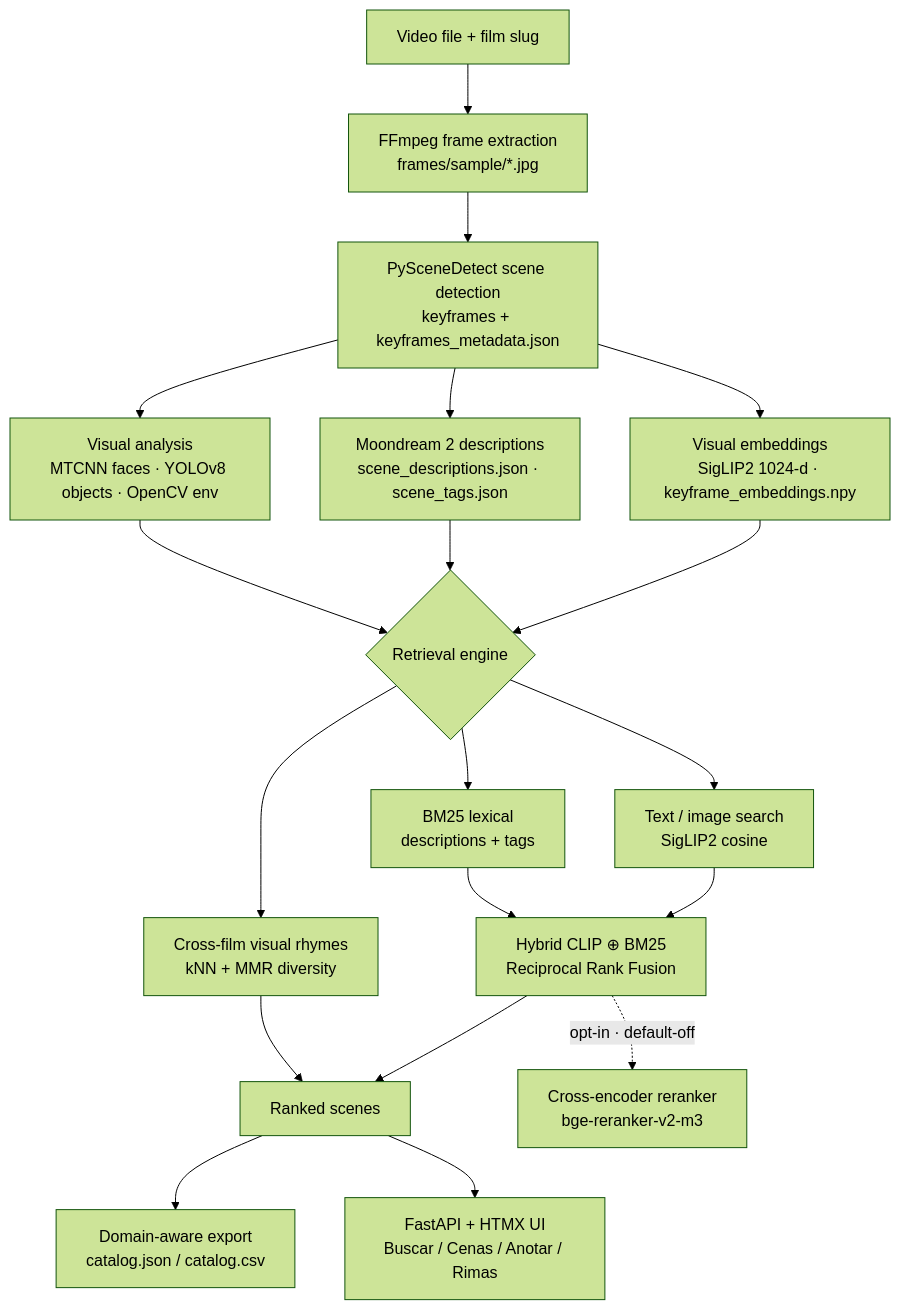
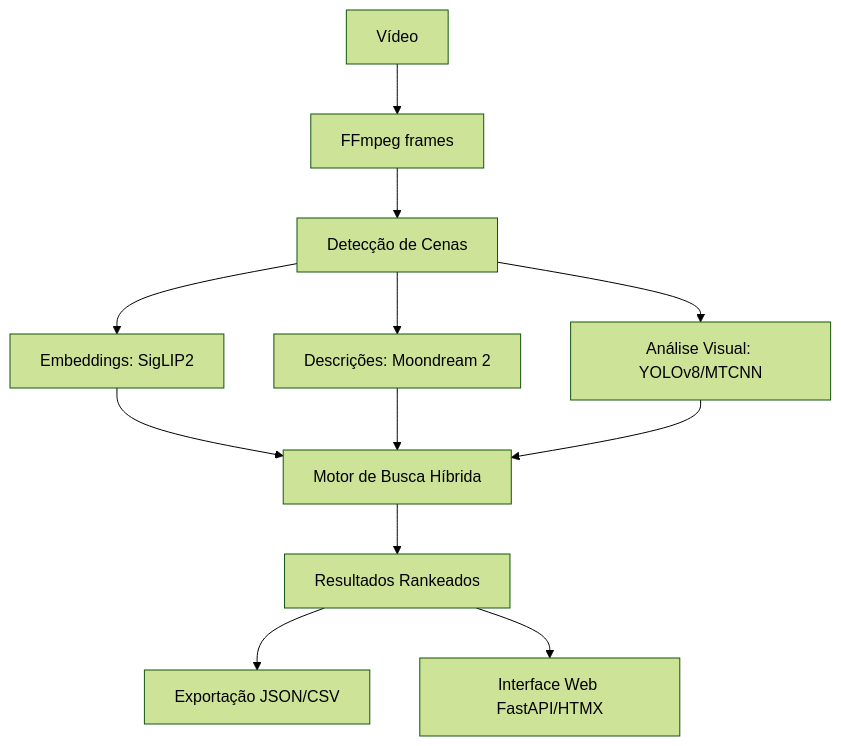
One commit to guto-mojica/kuaa changed the diagram in README.md. Above: the diagram before and after it, drawn with Mermaid (forest theme). The commit also changed other lines of this file, not shown here.

````diff
--- a/README.md
+++ b/README.md
@@ -320,23 +104,12 @@
 ```mermaid
 flowchart TD
-    V[Video file + film slug] --> FR[FFmpeg frame extraction<br/>frames/sample/*.jpg]
-    FR --> SC[PySceneDetect scene detection<br/>keyframes + keyframes_metadata.json]
-    SC --> VIS[Visual analysis<br/>MTCNN faces · YOLOv8 objects · OpenCV env]
-    SC --> EMB[Visual embeddings<br/>SigLIP2 1024-d · keyframe_embeddings.npy]
-    SC --> LLM[Moondream 2 descriptions<br/>scene_descriptions.json · scene_tags.json]
-
-    EMB --> RET{Retrieval engine}
-    LLM --> RET
-    VIS --> RET
-
-    RET --> TXT[Text / image search<br/>SigLIP2 cosine]
-    RET --> BM25[BM25 lexical<br/>descriptions + tags]
-    TXT --> HYB[Hybrid CLIP &oplus; BM25<br/>Reciprocal Rank Fusion]
-    BM25 --> HYB
-    RET --> RHY[Cross-film visual rhymes<br/>kNN + MMR diversity]
-    HYB --> RES[Ranked scenes]
-    HYB -. opt-in · default-off .-> RR[Cross-encoder reranker<br/>bge-reranker-v2-m3]
-    RHY --> RES
-    RES --> EXP[Domain-aware export<br/>catalog.json / catalog.csv]
-    RES --> UI[FastAPI + HTMX UI<br/>Buscar / Cenas / Anotar / Rimas]
+    V[Vídeo] --> FR[FFmpeg frames]
+    FR --> SC[Detecção de Cenas]
+    SC --> VIS[Análise Visual: YOLOv8/MTCNN]
+    SC --> EMB[Embeddings: SigLIP2]
+    SC --> LLM[Descrições: Moondream 2]
+    EMB & LLM & VIS --> RET[Motor de Busca Híbrida]
+    RET --> RES[Resultados Rankeados]
+    RES --> EXP[Exportação JSON/CSV]
+    RES --> UI[Interface Web FastAPI/HTMX]
 ```
````
